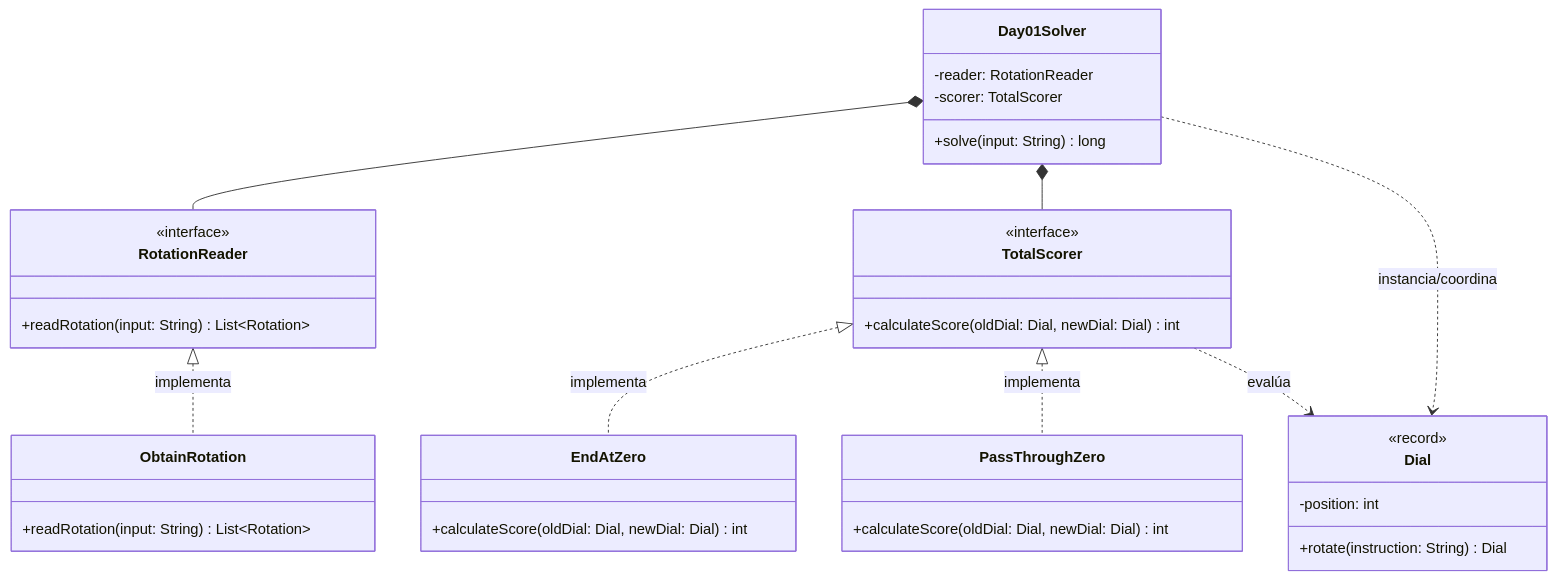
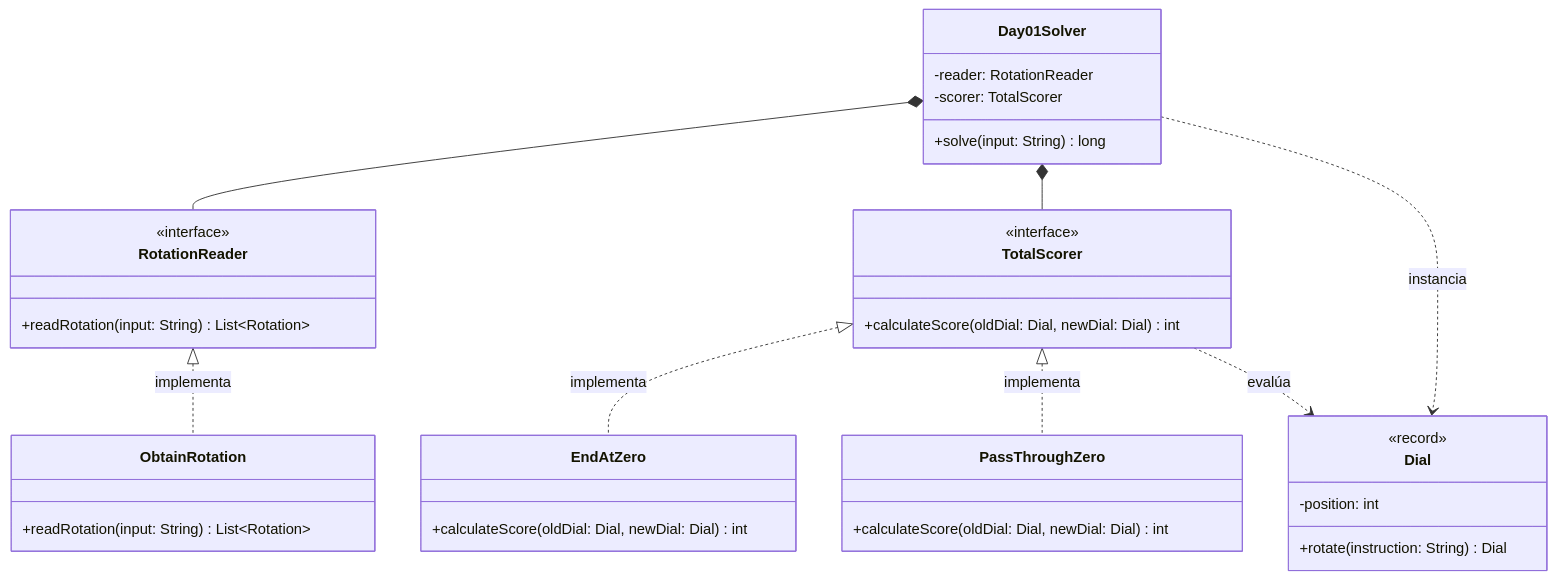
Before and after one commit to ivanperezdiaz829/AoC2025: the diagram in src/main/java/software/aoc/day01/README.md, drawn with Mermaid.

Commit message:
Day01 readme updated

````diff
--- a/src/main/java/software/aoc/day01/README.md
+++ b/src/main/java/software/aoc/day01/README.md
@@ -23,49 +23,49 @@
 ```mermaid
 classDiagram
     class Day01Solver {
         -reader: RotationReader
         -scorer: TotalScorer
         +solve(input: String) long
     }
 
     class RotationReader {
         <<interface>>
         +readRotation(input: String) List~Rotation~
     }
 
     class ObtainRotation {
         +readRotation(input: String) List~Rotation~
     }
 
     class TotalScorer {
         <<interface>>
         +calculateScore(oldDial: Dial, newDial: Dial) int
     }
 
     class EndAtZero {
         +calculateScore(oldDial: Dial, newDial: Dial) int
     }
 
     class PassThroughZero {
         +calculateScore(oldDial: Dial, newDial: Dial) int
     }
 
     class Dial {
         <<record>>
         -position: int
         +rotate(instruction: String) Dial
     }
 
     %% Relaciones de Agregación / Composición
     Day01Solver *-- RotationReader
     Day01Solver *-- TotalScorer
     
     %% Relaciones de Implementación
     RotationReader <|.. ObtainRotation : implementa
     TotalScorer <|.. EndAtZero : implementa
     TotalScorer <|.. PassThroughZero : implementa
     
     %% Relación de Uso
-    Day01Solver ..> Dial : instancia/coordina
+    Day01Solver ..> Dial : instancia
     TotalScorer ..> Dial : evalúa
 ```
````
